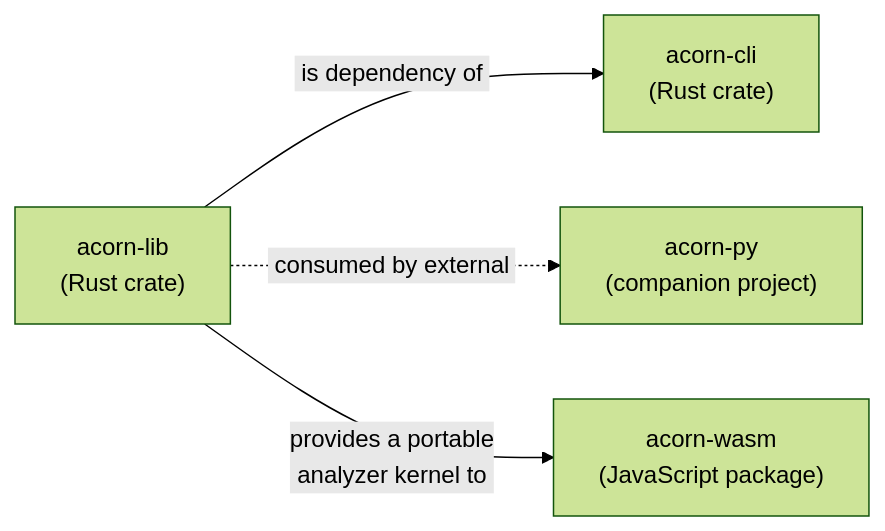
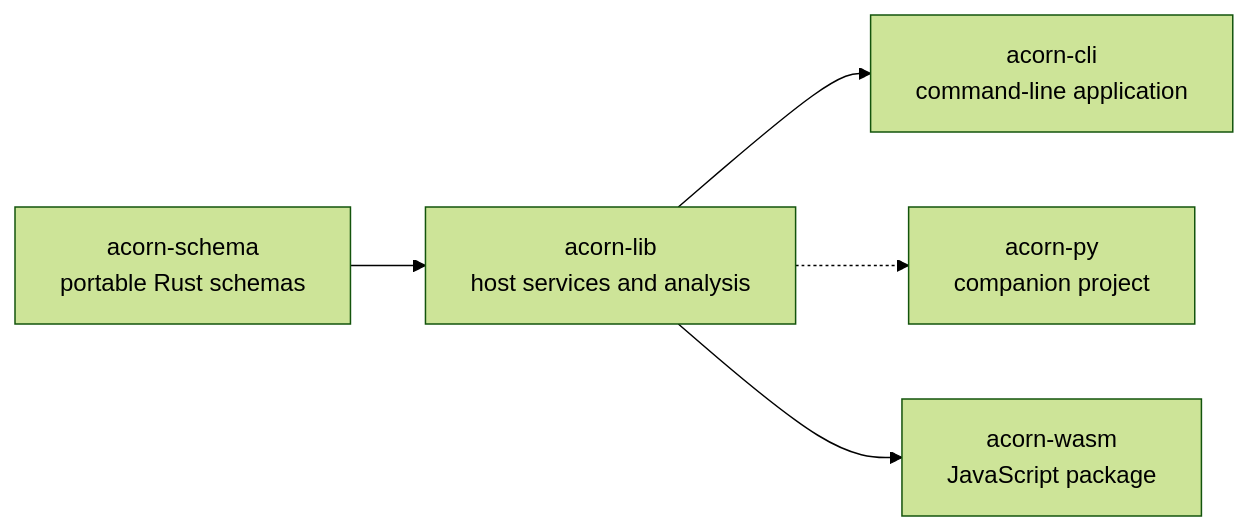
One commit to jhwohlgemuth/acorn changed the diagram in docs/src/packages/README.md. Above: the diagram before and after it, drawn with Mermaid (forest theme). The commit also changed other lines of this file and 38 other files, not shown here.

````diff
--- a/docs/src/packages/README.md
+++ b/docs/src/packages/README.md
@@ -5,6 +5,7 @@
 ```mermaid
 graph LR
-    A["acorn-lib</br>(Rust crate)"] -->|"&nbsp;is dependency of&nbsp;"|B["acorn-cli</br>(Rust crate)"]
-    A -.->|"&nbsp;consumed by external&nbsp;"|C["acorn-py</br>(companion project)"]
-    A -->|"provides a portable</br>&nbsp;analyzer kernel to&nbsp;"|D["acorn-wasm</br>(JavaScript package)"]
+    S["acorn-schema</br>portable Rust schemas"] --> A["acorn-lib</br>host services and analysis"]
+    A --> B["acorn-cli</br>command-line application"]
+    A -.-> C["acorn-py</br>companion project"]
+    A --> D["acorn-wasm</br>JavaScript package"]
 ```
````
